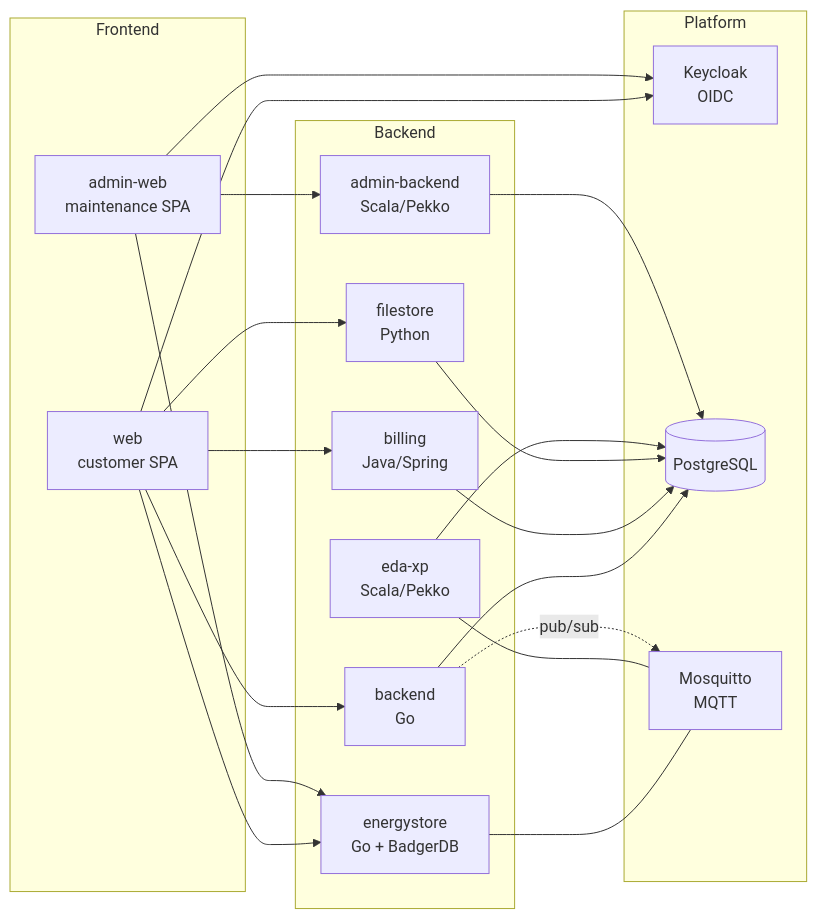
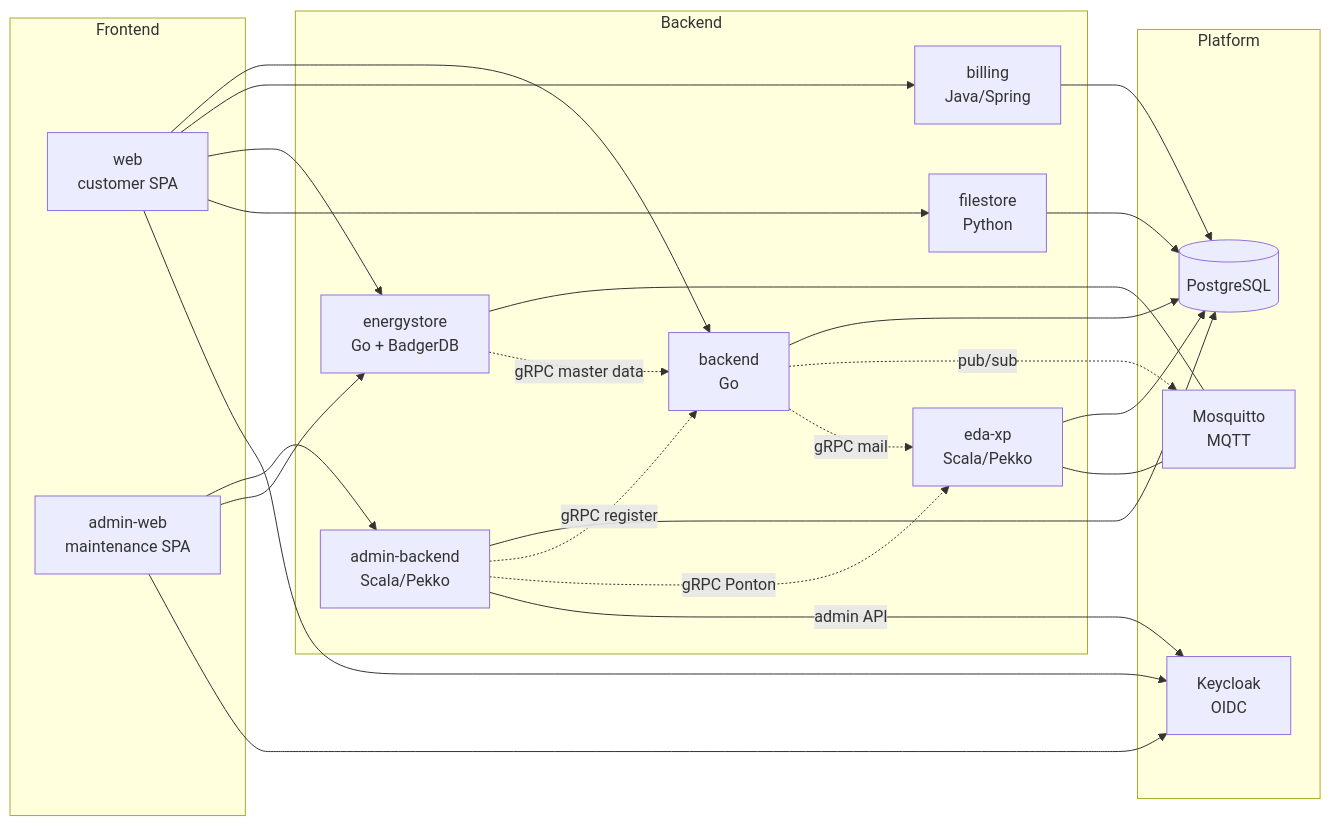
The diagram in docs/architecture/overview.md (eegfaktura/eegfaktura-docs), drawn with Mermaid before and after one commit. The commit also changed other lines of this file and 2 other files, not shown here.

````diff
--- a/docs/architecture/overview.md
+++ b/docs/architecture/overview.md
@@ -7,41 +7,47 @@
 ```mermaid
 flowchart LR
   subgraph Frontend
     WEB[web<br/>customer SPA]
     AWEB[admin-web<br/>maintenance SPA]
   end
 
   subgraph Backend
     BE[backend<br/>Go]
     BI[billing<br/>Java/Spring]
     ES[energystore<br/>Go + BadgerDB]
     FS[filestore<br/>Python]
     EX[eda-xp<br/>Scala/Pekko]
     AB[admin-backend<br/>Scala/Pekko]
   end
 
   subgraph Platform
     KC[Keycloak<br/>OIDC]
     PG[(PostgreSQL)]
     MQ[Mosquitto<br/>MQTT]
   end
 
   WEB --> BE
   WEB --> BI
   WEB --> ES
   WEB --> FS
   AWEB --> AB
   AWEB --> ES
   WEB --> KC
   AWEB --> KC
 
   BE --> PG
   BI --> PG
   FS --> PG
   EX --> PG
   AB --> PG
 
   ES --- MQ
   EX --- MQ
   BE -.->|pub/sub| MQ
+
+  BE -.->|gRPC mail| EX
+  ES -.->|gRPC master data| BE
+  AB -.->|gRPC register| BE
+  AB -.->|gRPC Ponton| EX
+  AB -->|admin API| KC
 ```
````
